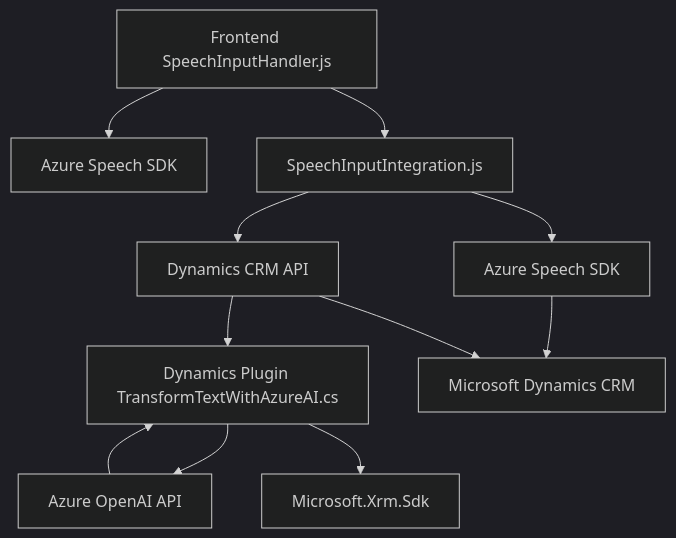
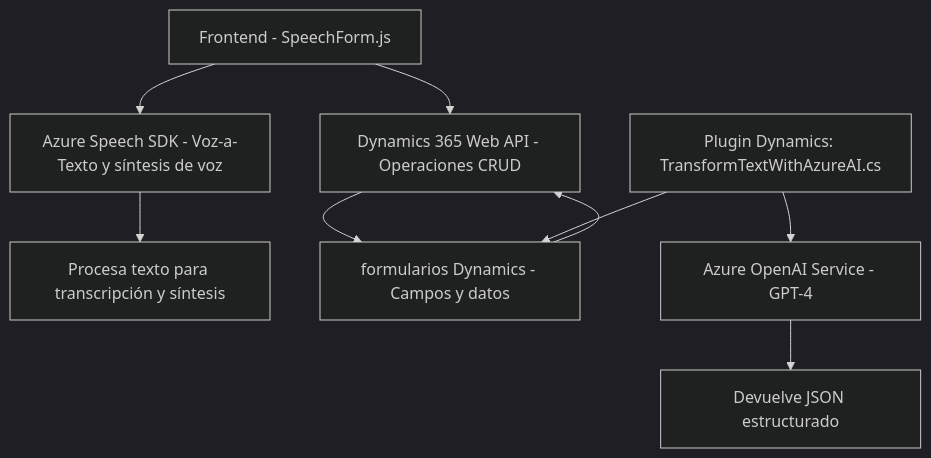
The diagram in README.md (blopezdm/NETCORE_BILBAO2025), drawn with Mermaid (dark theme) before and after one commit. The commit also changed other lines of this file, not shown here.

````diff
--- a/README.md
+++ b/README.md
@@ -48,13 +49,11 @@
 ```mermaid
 graph TD
-    A["Frontend SpeechInputHandler.js"] --> B["Azure Speech SDK"]
-    A --> C["SpeechInputIntegration.js"]
-    C --> D["Dynamics CRM API"]
-    C --> E["Azure Speech SDK"]
-    D --> F["Dynamics Plugin TransformTextWithAzureAI.cs"]
-    F --> G["Azure OpenAI API"]
-    F --> H["Microsoft.Xrm.Sdk"]
-    E --> I["Microsoft Dynamics CRM"]
-    D --> I
-    G --> F
+    A["Frontend - SpeechForm.js"] --> B["Azure Speech SDK - Voz-a-Texto y síntesis de voz"]
+    A --> C["Dynamics 365 Web API - Operaciones CRUD"]
+    B --> D["Procesa texto para transcripción y síntesis"]
+    C --> E["formularios Dynamics - Campos y datos"]
+    F["Plugin Dynamics: TransformTextWithAzureAI.cs"] --> G["Azure OpenAI Service - GPT-4"]
+    G --> H["Devuelve JSON estructurado"]
+    F --> E
+    E --> C
 ```
````
